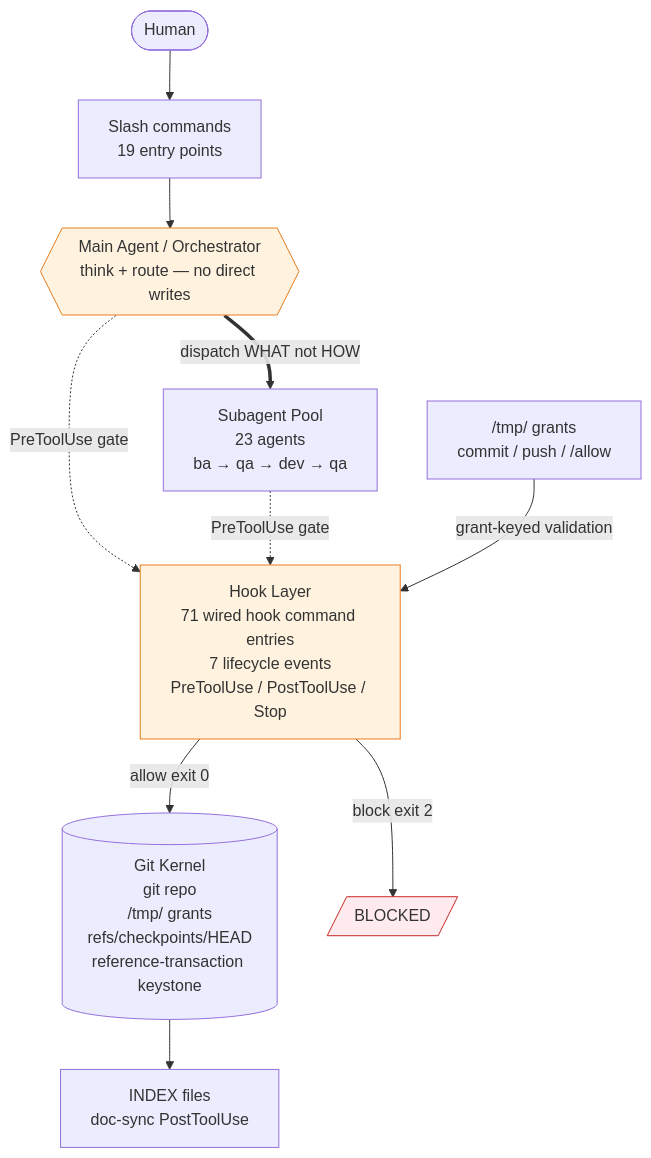
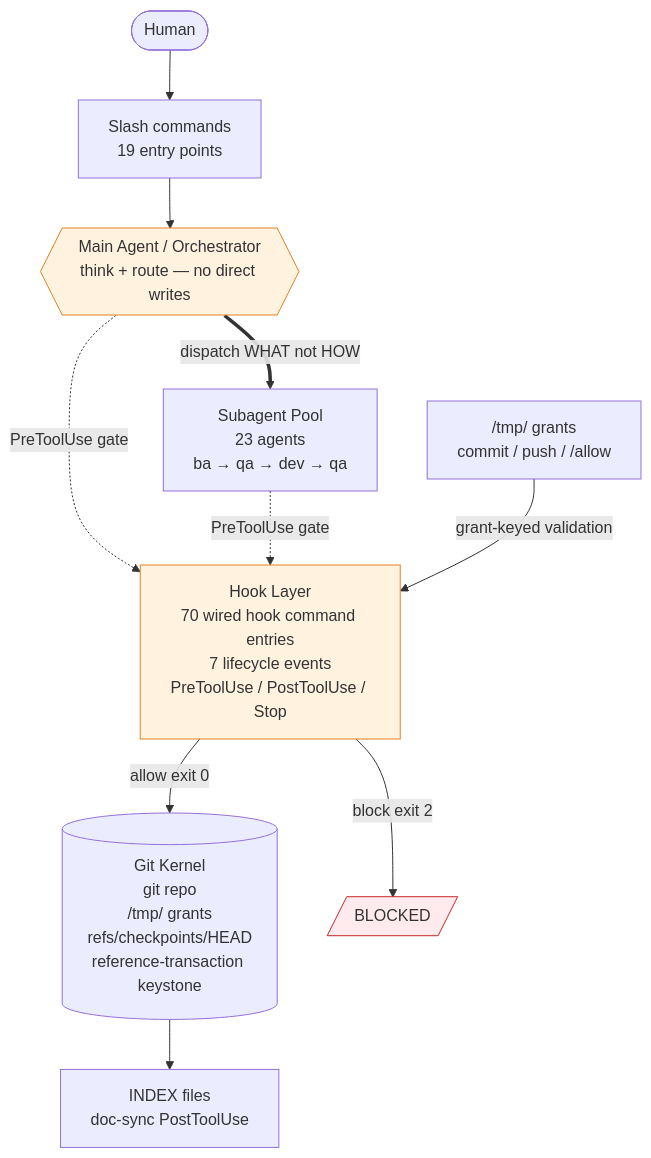
The first of 3 diagrams in README.md (Yugoge/awesome-claude-harness), drawn with Mermaid before and after one commit.

Commit message:
checkpoint: Auto-save at 2026-08-03 14:03:00
Trigger: posttool threshold (110 files, threshold=10)
Ref: refs/checkpoints/fix-dev-fanout-gatekeeper-20260717
Files: 1

This commit is a snapshot written to refs/checkpoints/* by
~/.claude/hooks/lib/checkpoint-core.sh. It is NOT on any branch HEAD.

🤖 Generated with [Claude Code](https://claude.com/claude-code)
via [Happy](https://happy.engineering)

````diff
--- a/README.md
+++ b/README.md
@@ -120,21 +120,21 @@
 ```mermaid
 graph TD
     U([Human]) --> CMD[Slash commands<br/>19 entry points]
     CMD --> ORC{{Main Agent / Orchestrator<br/>think + route — no direct writes}}
 
     ORC -.->|PreToolUse gate| HL
     SUB -.->|PreToolUse gate| HL
 
     ORC ==>|dispatch WHAT not HOW| SUB[Subagent Pool<br/>23 agents<br/>ba → qa → dev → qa]
 
-    HL[Hook Layer<br/>71 wired hook command entries<br/>7 lifecycle events<br/>PreToolUse / PostToolUse / Stop] -->|allow exit 0| GK[(Git Kernel<br/>git repo<br/>/tmp/ grants<br/>refs/checkpoints/HEAD<br/>reference-transaction keystone)]
+    HL[Hook Layer<br/>70 wired hook command entries<br/>7 lifecycle events<br/>PreToolUse / PostToolUse / Stop] -->|allow exit 0| GK[(Git Kernel<br/>git repo<br/>/tmp/ grants<br/>refs/checkpoints/HEAD<br/>reference-transaction keystone)]
     HL -->|block exit 2| BLK[/BLOCKED/]
 
     GK --> IDX[INDEX files<br/>doc-sync PostToolUse]
     TMP["/tmp/ grants<br/>commit / push / /allow"] -->|grant-keyed validation| HL
 
     classDef restricted fill:#ffebee,stroke:#c62828
     classDef gate fill:#fff3e0,stroke:#e67e22
     class BLK restricted
     class ORC,HL gate
 ```
````
